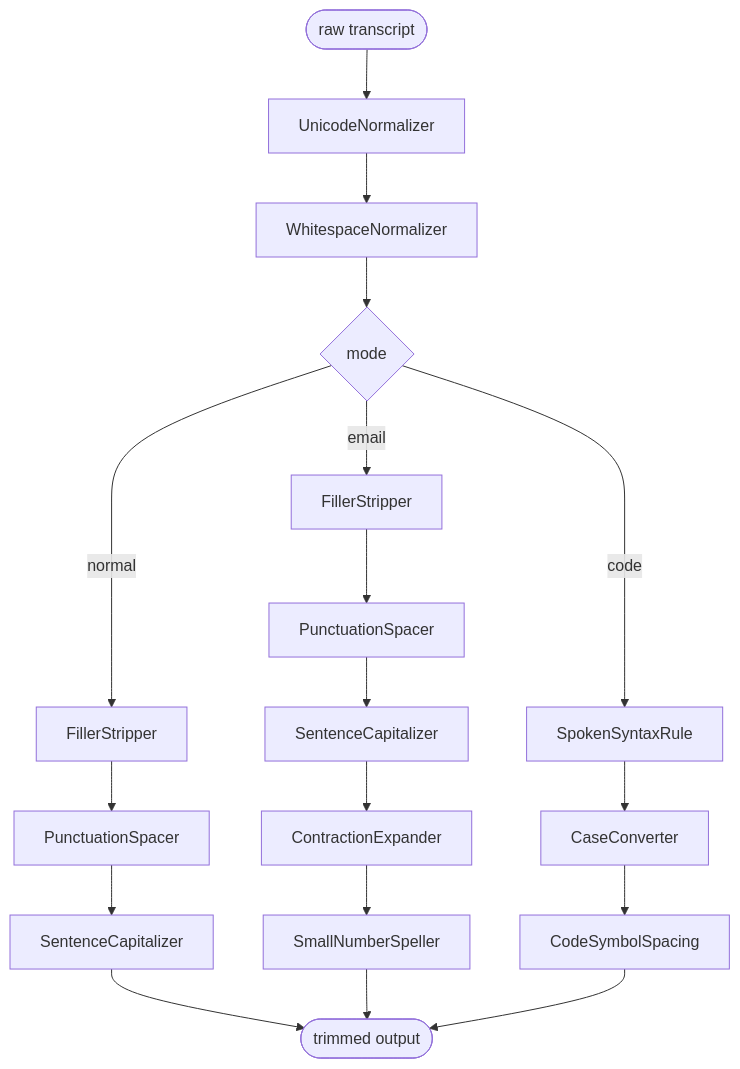
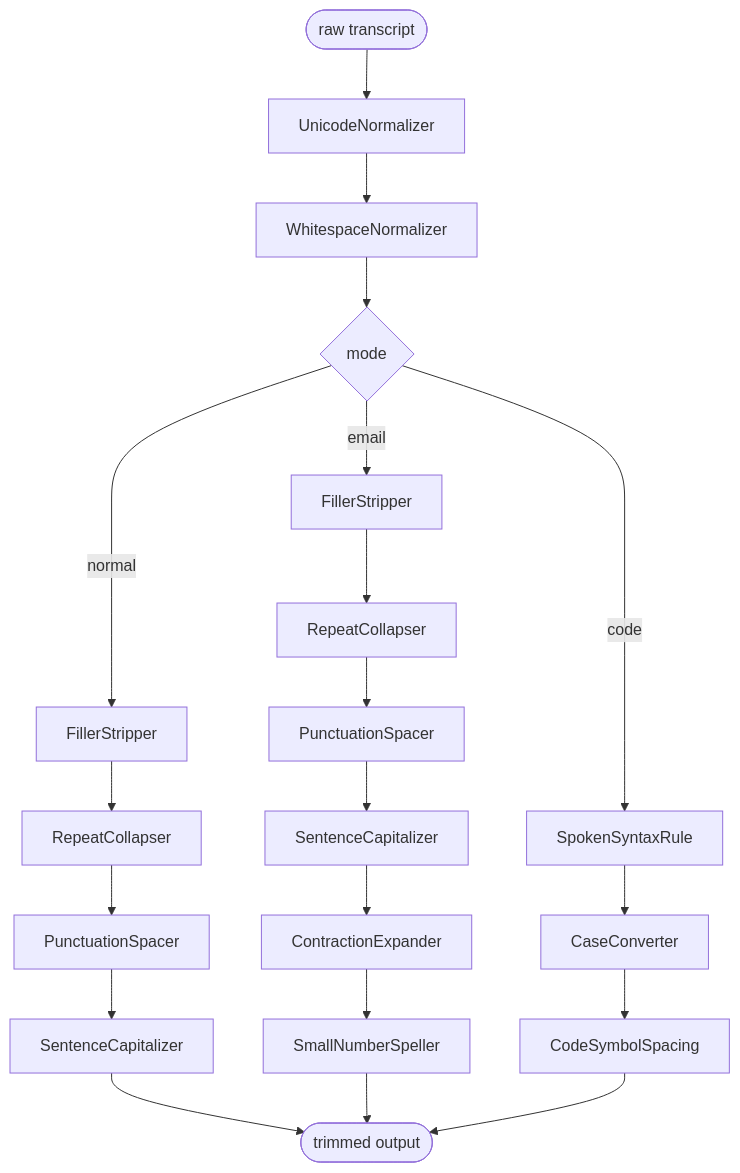
One commit to sanonrickny/KyroVoice changed the seventh of 11 diagrams in docs/ARCHITECTURE.md. Above: the diagram before and after it, drawn with Mermaid. The commit also changed other lines of this file and 5 other files, not shown here.

````diff
--- a/docs/ARCHITECTURE.md
+++ b/docs/ARCHITECTURE.md
@@ -314,23 +314,25 @@
 ```mermaid
 flowchart TB
     RAW([raw transcript]) --> UN[UnicodeNormalizer]
     UN --> WS[WhitespaceNormalizer]
     WS --> SW{mode}
 
     SW -->|normal| N1[FillerStripper]
-    N1 --> N2[PunctuationSpacer]
+    N1 --> NR[RepeatCollapser]
+    NR --> N2[PunctuationSpacer]
     N2 --> N3[SentenceCapitalizer]
     N3 --> OUT([trimmed output])
 
     SW -->|email| E0[FillerStripper]
-    E0 --> E1[PunctuationSpacer]
+    E0 --> ER[RepeatCollapser]
+    ER --> E1[PunctuationSpacer]
     E1 --> E2[SentenceCapitalizer]
     E2 --> E3[ContractionExpander]
     E3 --> E4[SmallNumberSpeller]
     E4 --> OUT
 
     SW -->|code| C1[SpokenSyntaxRule]
     C1 --> C2[CaseConverter]
     C2 --> C3[CodeSymbolSpacing]
     C3 --> OUT
 ```
````
